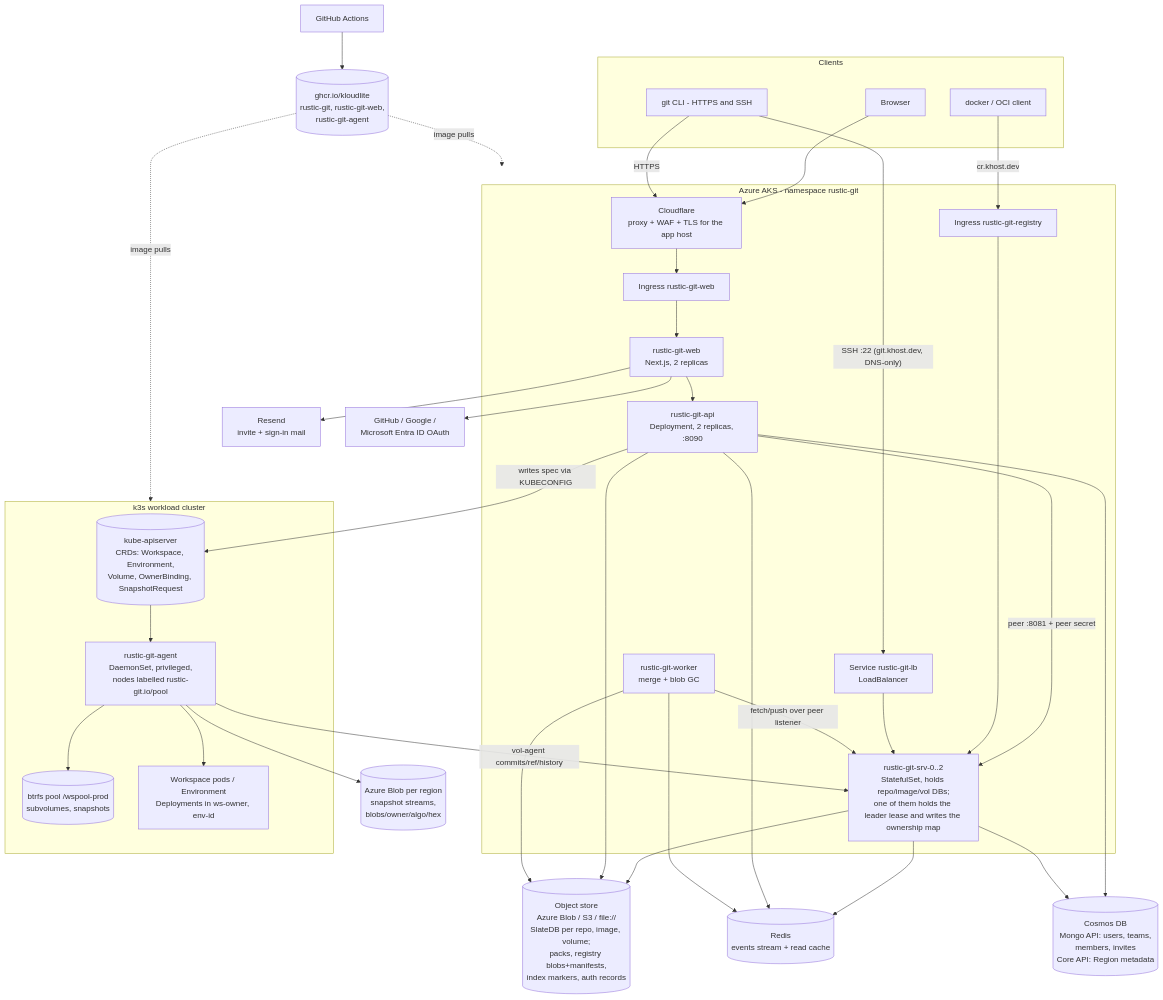
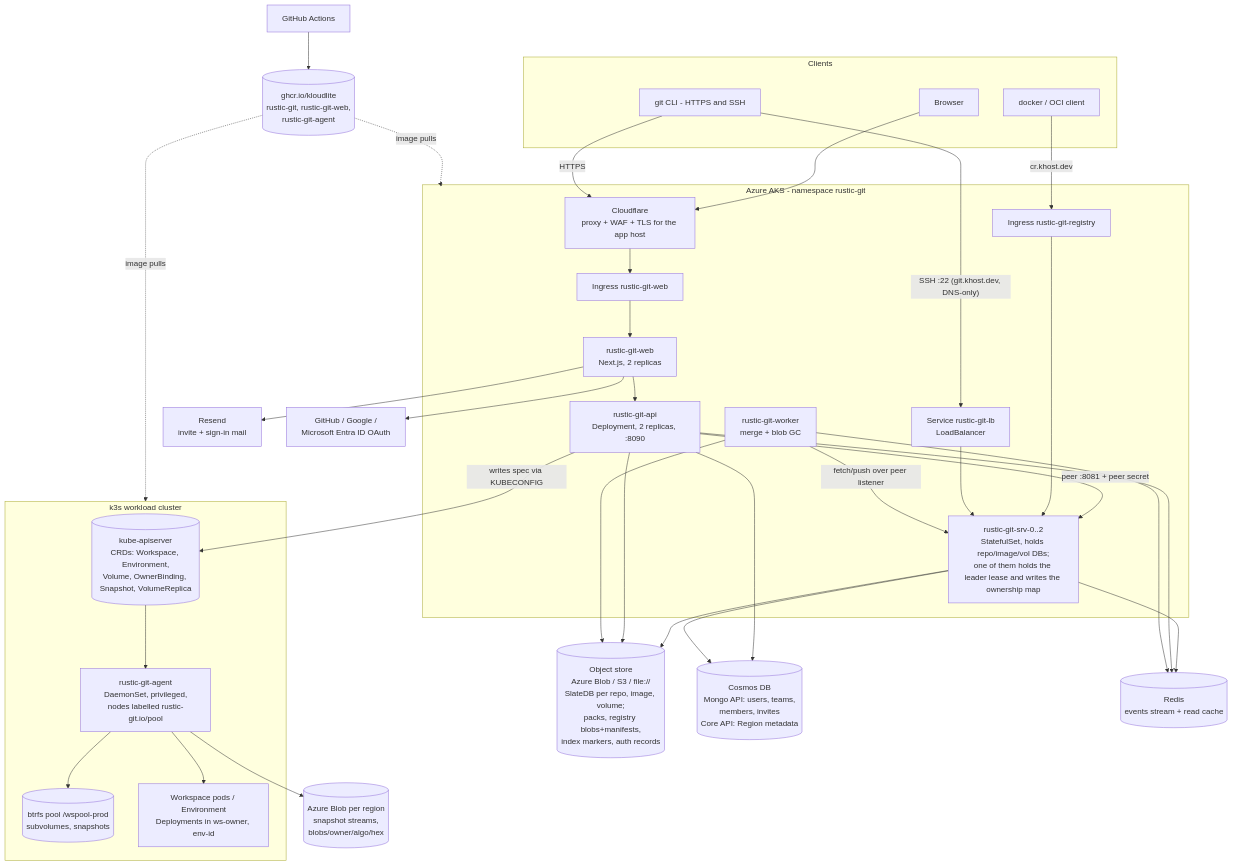
Before and after one commit to kloudlite/rustic-git: the diagram in README.md, drawn with Mermaid. The commit also changed other lines of this file and 4 other files, not shown here.

````diff
--- a/README.md
+++ b/README.md
@@ -14,64 +14,63 @@
 ```mermaid
 flowchart TB
   subgraph clients[Clients]
     U[Browser]
     G[git CLI - HTTPS and SSH]
     D[docker / OCI client]
   end
 
   CF[Cloudflare<br/>proxy + WAF + TLS for the app host]
   U --> CF
   G -- HTTPS --> CF
   G -- "SSH :22 (git.khost.dev, DNS-only)" --> LB[Service rustic-git-lb<br/>LoadBalancer]
   D -- "cr.khost.dev" --> INGR
 
   subgraph aks[Azure AKS - namespace rustic-git]
     CF --> INGW[Ingress rustic-git-web]
     INGR[Ingress rustic-git-registry]
     INGW --> WEB[rustic-git-web<br/>Next.js, 2 replicas]
     WEB --> API[rustic-git-api<br/>Deployment, 2 replicas, :8090]
     API -- "peer :8081 + peer secret" --> SRV
     INGR --> SRV
     LB --> SRV
     SRV[rustic-git-srv-0..2<br/>StatefulSet, holds repo/image/vol DBs;<br/>one of them holds the leader lease and writes the ownership map]
     WRK[rustic-git-worker<br/>merge + blob GC]
     WRK -- "fetch/push over peer listener" --> SRV
   end
 
   subgraph k3s[k3s workload cluster]
-    APIS[(kube-apiserver<br/>CRDs: Workspace, Environment,<br/>Volume, OwnerBinding, SnapshotRequest)]
+    APIS[(kube-apiserver<br/>CRDs: Workspace, Environment,<br/>Volume, OwnerBinding, Snapshot, VolumeReplica)]
     AG[rustic-git-agent<br/>DaemonSet, privileged,<br/>nodes labelled rustic-git.io/pool]
     POOL[(btrfs pool /wspool-prod<br/>subvolumes, snapshots)]
     PODS[Workspace pods / Environment<br/>Deployments in ws-owner, env-id]
     APIS --> AG
     AG --> POOL
     AG --> PODS
   end
 
   API -- "writes spec via KUBECONFIG" --> APIS
-  AG -- "vol-agent commits/ref/history" --> SRV
 
   OS[(Object store<br/>Azure Blob / S3 / file://<br/>SlateDB per repo, image, volume;<br/>packs, registry blobs+manifests,<br/>index markers, auth records)]
   COS[(Cosmos DB<br/>Mongo API: users, teams,<br/>members, invites<br/>Core API: Region metadata)]
   RED[(Redis<br/>events stream + read cache)]
   AZB[(Azure Blob per region<br/>snapshot streams,<br/>blobs/owner/algo/hex)]
 
   SRV --> OS
   API --> OS
   WRK --> OS
   SRV --> RED
   API --> RED
   WRK --> RED
   API --> COS
   SRV --> COS
   AG --> AZB
 
   RES[Resend<br/>invite + sign-in mail]
   OAUTH[GitHub / Google /<br/>Microsoft Entra ID OAuth]
   WEB --> RES
   WEB --> OAUTH
 
   GH[GitHub Actions] --> GHCR[(ghcr.io/kloudlite<br/>rustic-git, rustic-git-web,<br/>rustic-git-agent)]
   GHCR -.image pulls.-> aks
   GHCR -.image pulls.-> k3s
 ```
````
